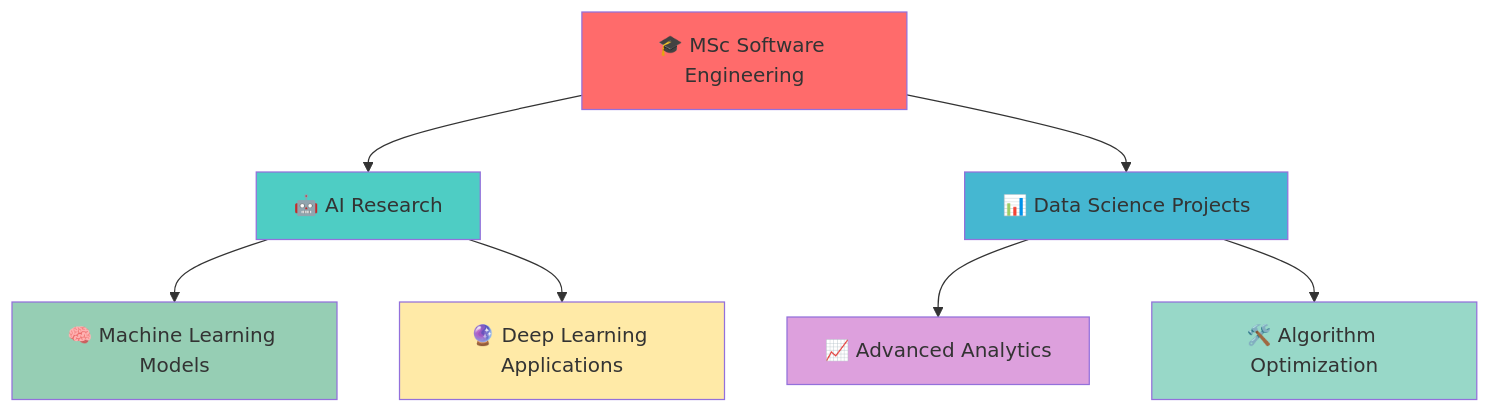
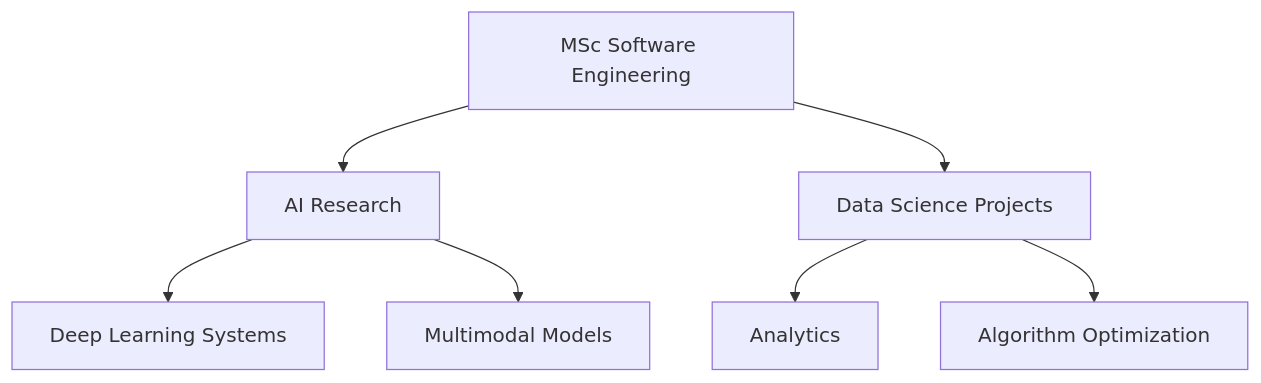
The diagram in README.md (ZamoRzgar/ZamoRzgar), drawn with Mermaid before and after one commit. The commit also changed other lines of this file, not shown here.

````diff
--- a/README.md
+++ b/README.md
@@ -294,17 +107,9 @@
 ```mermaid
 graph TD
-    A[🎓 MSc Software Engineering] --> B[🤖 AI Research]
-    A --> C[📊 Data Science Projects]
-    B --> D[🧠 Machine Learning Models]
-    B --> E[🔮 Deep Learning Applications]
-    C --> F[📈 Advanced Analytics]
-    C --> G[🛠️ Algorithm Optimization]
-    
-    style A fill:#ff6b6b
-    style B fill:#4ecdc4
-    style C fill:#45b7d1
-    style D fill:#96ceb4
-    style E fill:#ffeaa7
-    style F fill:#dda0dd
-    style G fill:#98d8c8
+    A[MSc Software Engineering] --> B[AI Research]
+    B --> C[Deep Learning Systems]
+    B --> D[Multimodal Models]
+    A --> E[Data Science Projects]
+    E --> F[Analytics]
+    E --> G[Algorithm Optimization]
 ```
````
